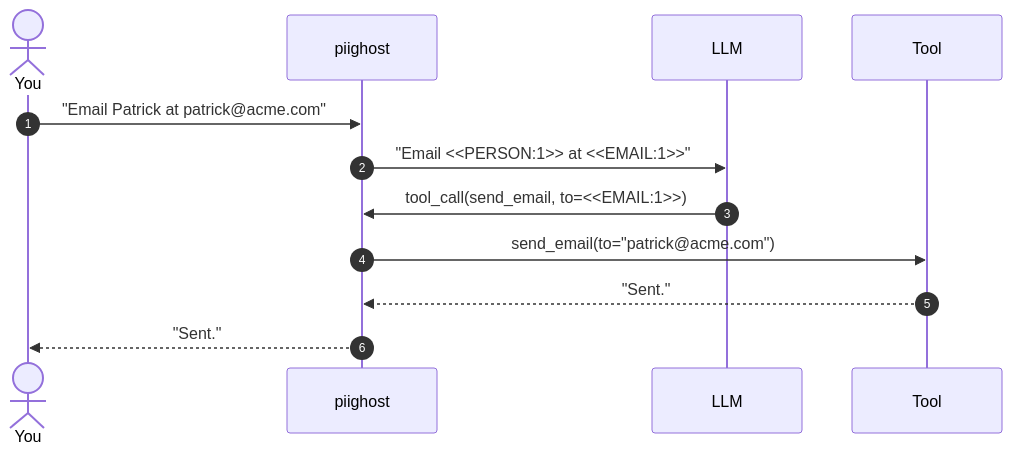
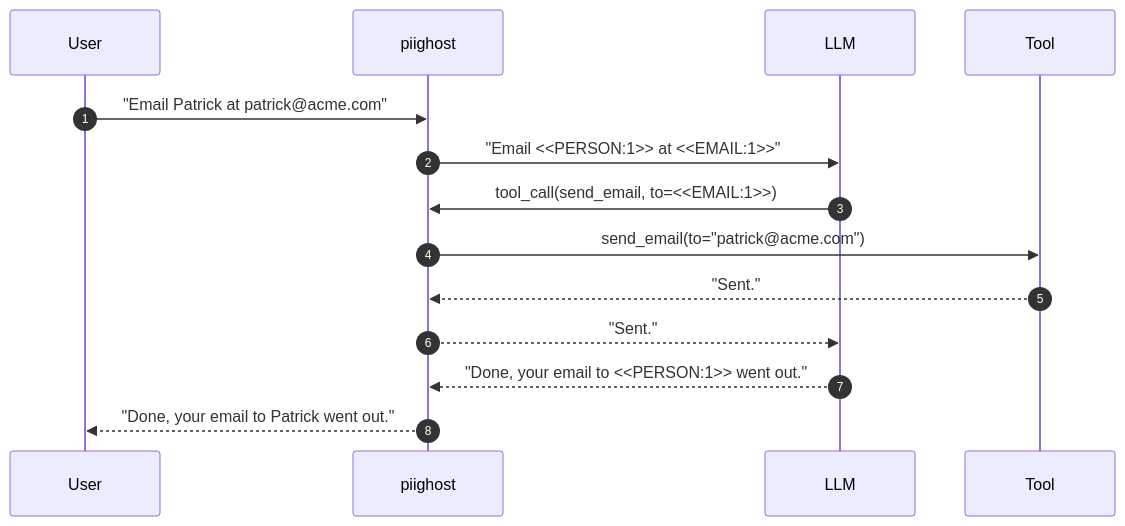
The first of 2 diagrams in README.md (Athroniaeth/piighost), drawn with Mermaid before and after one commit. The commit also changed other lines of this file and 1 other file, not shown here.

````diff
--- a/README.md
+++ b/README.md
@@ -17,15 +17,17 @@
 ```mermaid
 sequenceDiagram
     autonumber
-    actor U as You
+    participant U as User
     participant M as piighost
     participant L as LLM
     participant T as Tool
 
     U->>M: "Email Patrick at patrick@acme.com"
     M->>L: "Email <<PERSON:1>> at <<EMAIL:1>>"
     L->>M: tool_call(send_email, to=<<EMAIL:1>>)
     M->>T: send_email(to="patrick@acme.com")
     T-->>M: "Sent."
-    M-->>U: "Sent."
+    M-->>L: "Sent."
+    L-->>M: "Done, your email to <<PERSON:1>> went out."
+    M-->>U: "Done, your email to Patrick went out."
 ```
````
